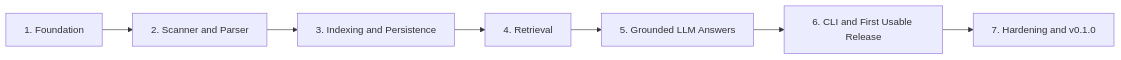
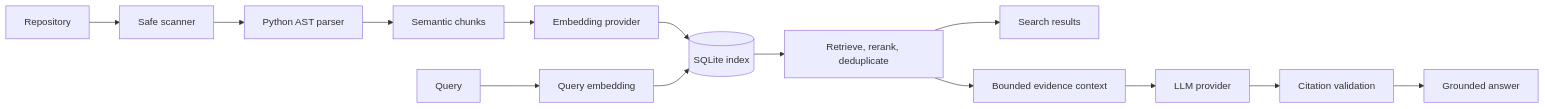
Before and after one commit to FCarvalhoVII/CodeAtlas: the diagram in README.md, drawn with Mermaid. The commit also changed other lines of this file and 11 other files, not shown here.

````diff
--- a/README.md
+++ b/README.md
@@ -398,9 +71,16 @@
 ```mermaid
 flowchart LR
-    F[1. Foundation] --> P[2. Scanner and Parser]
-    P --> I[3. Indexing and Persistence]
-    I --> R[4. Retrieval]
-    R --> L[5. Grounded LLM Answers]
-    L --> C[6. CLI and First Usable Release]
-    C --> H[7. Hardening and v0.1.0]
+    R[Repository] --> S[Safe scanner]
+    S --> P[Python AST parser]
+    P --> C[Semantic chunks]
+    C --> E[Embedding provider]
+    E --> D[(SQLite index)]
+    Q[Query] --> QE[Query embedding]
+    QE --> D
+    D --> RR[Retrieve, rerank, deduplicate]
+    RR --> SR[Search results]
+    RR --> B[Bounded evidence context]
+    B --> L[LLM provider]
+    L --> V[Citation validation]
+    V --> A[Grounded answer]
 ```
````
